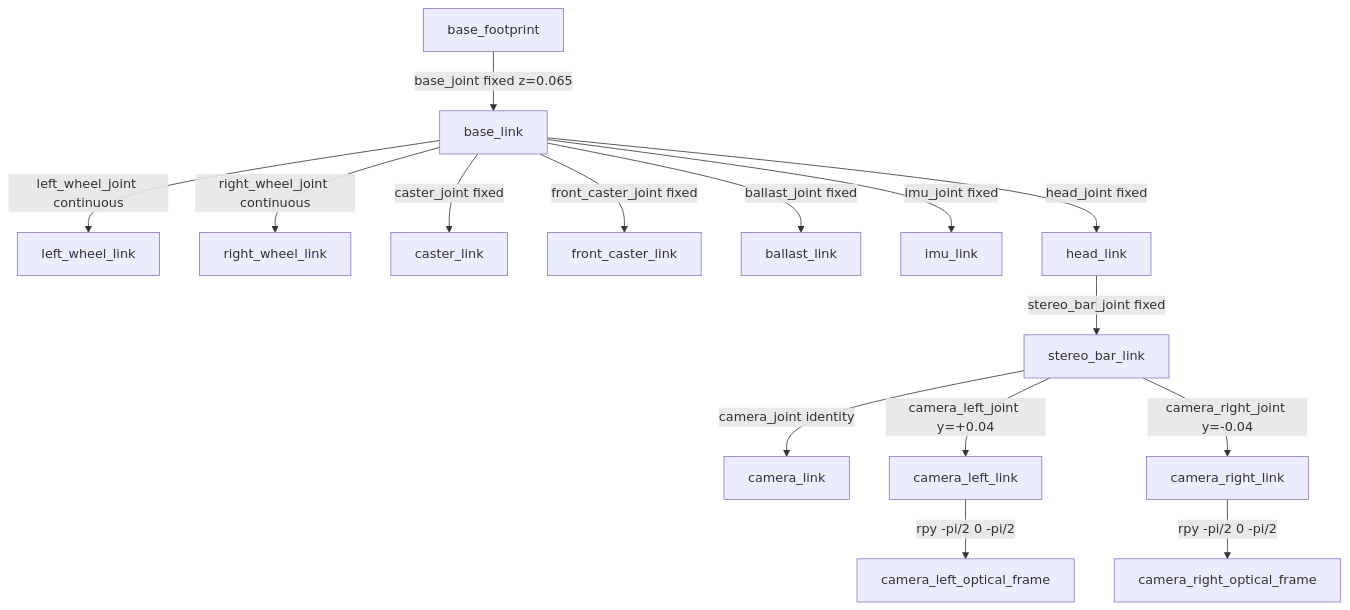
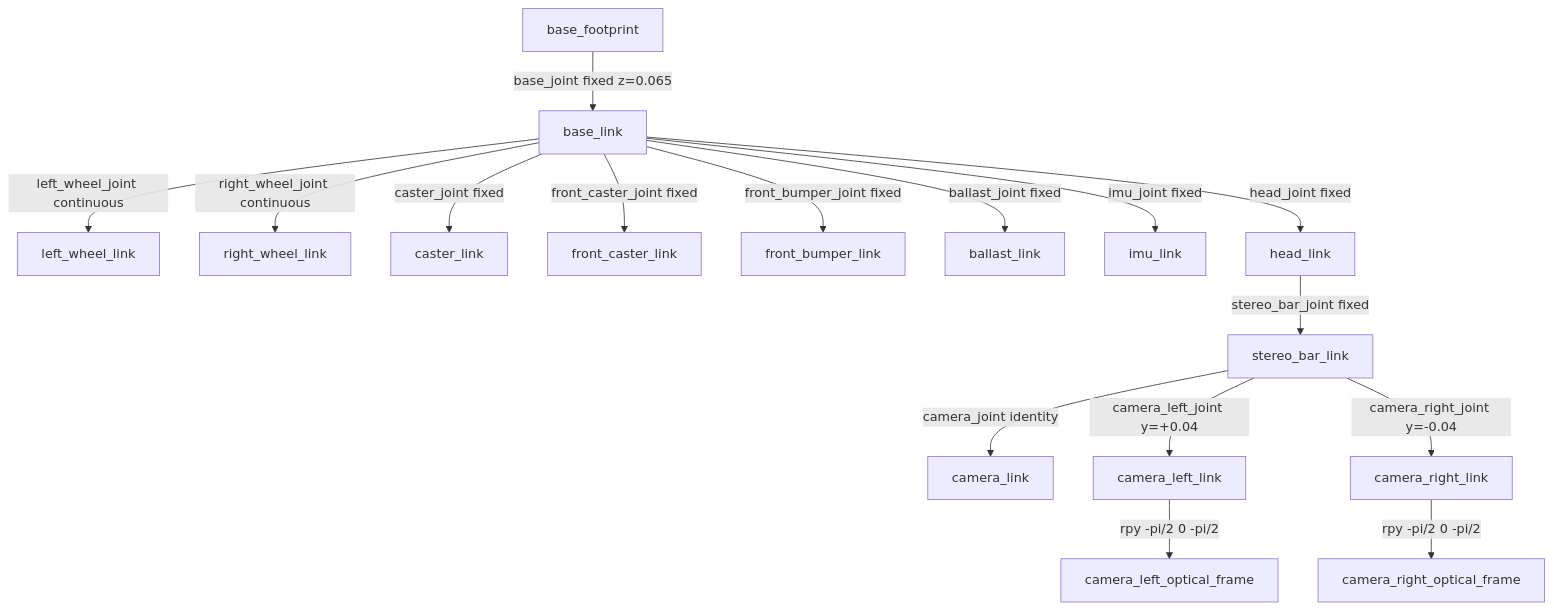
Before and after one commit to kunalchandmare/robot_ros_slam: the diagram in src/stereo_eye/README.md, drawn with Mermaid. The commit also changed other lines of this file and 4 other files, not shown here.

Commit message:
[MechaX] front bumper contact sensor, odom 50 Hz

````diff
--- a/src/stereo_eye/README.md
+++ b/src/stereo_eye/README.md
@@ -46,17 +47,18 @@
 ```mermaid
 graph TD
   BF[base_footprint] -->|base_joint fixed z=0.065| BL[base_link]
   BL -->|left_wheel_joint continuous| LW[left_wheel_link]
   BL -->|right_wheel_joint continuous| RW[right_wheel_link]
   BL -->|caster_joint fixed| CA[caster_link]
   BL -->|front_caster_joint fixed| FC[front_caster_link]
+  BL -->|front_bumper_joint fixed| FB[front_bumper_link]
   BL -->|ballast_joint fixed| BA[ballast_link]
   BL -->|imu_joint fixed| IMU[imu_link]
   BL -->|head_joint fixed| HD[head_link]
   HD -->|stereo_bar_joint fixed| BAR[stereo_bar_link]
   BAR -->|camera_joint identity| CAM[camera_link]
   BAR -->|camera_left_joint y=+0.04| CL[camera_left_link]
   BAR -->|camera_right_joint y=-0.04| CR[camera_right_link]
   CL -->|rpy -pi/2 0 -pi/2| CLO[camera_left_optical_frame]
   CR -->|rpy -pi/2 0 -pi/2| CRO[camera_right_optical_frame]
 ```
````
